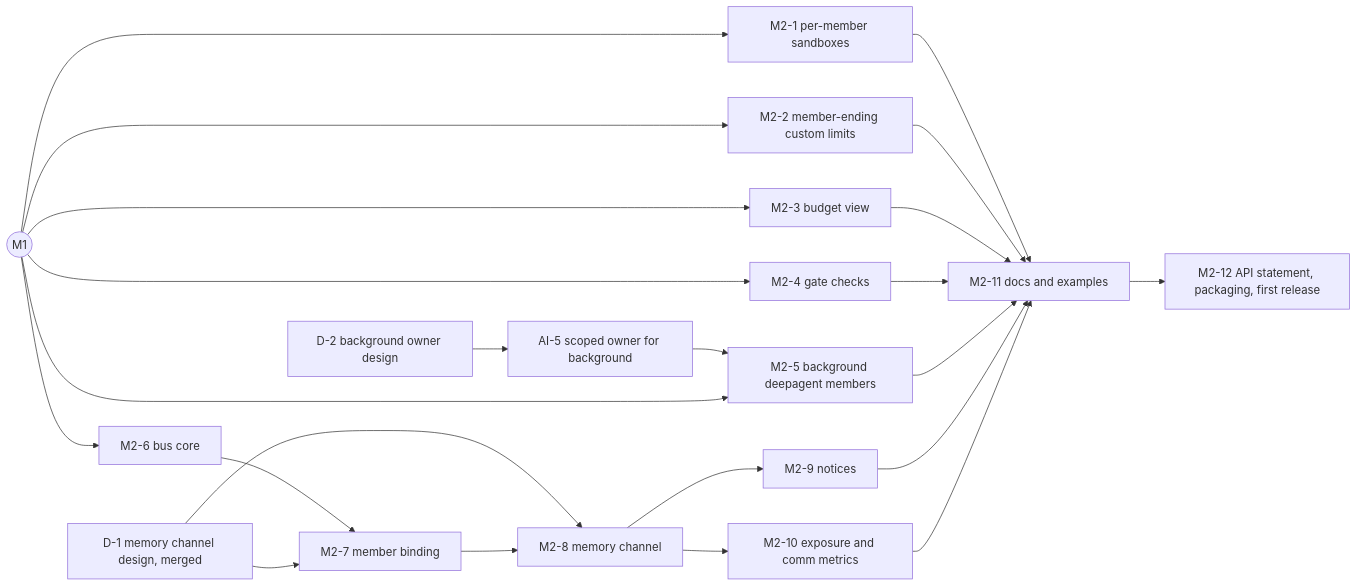
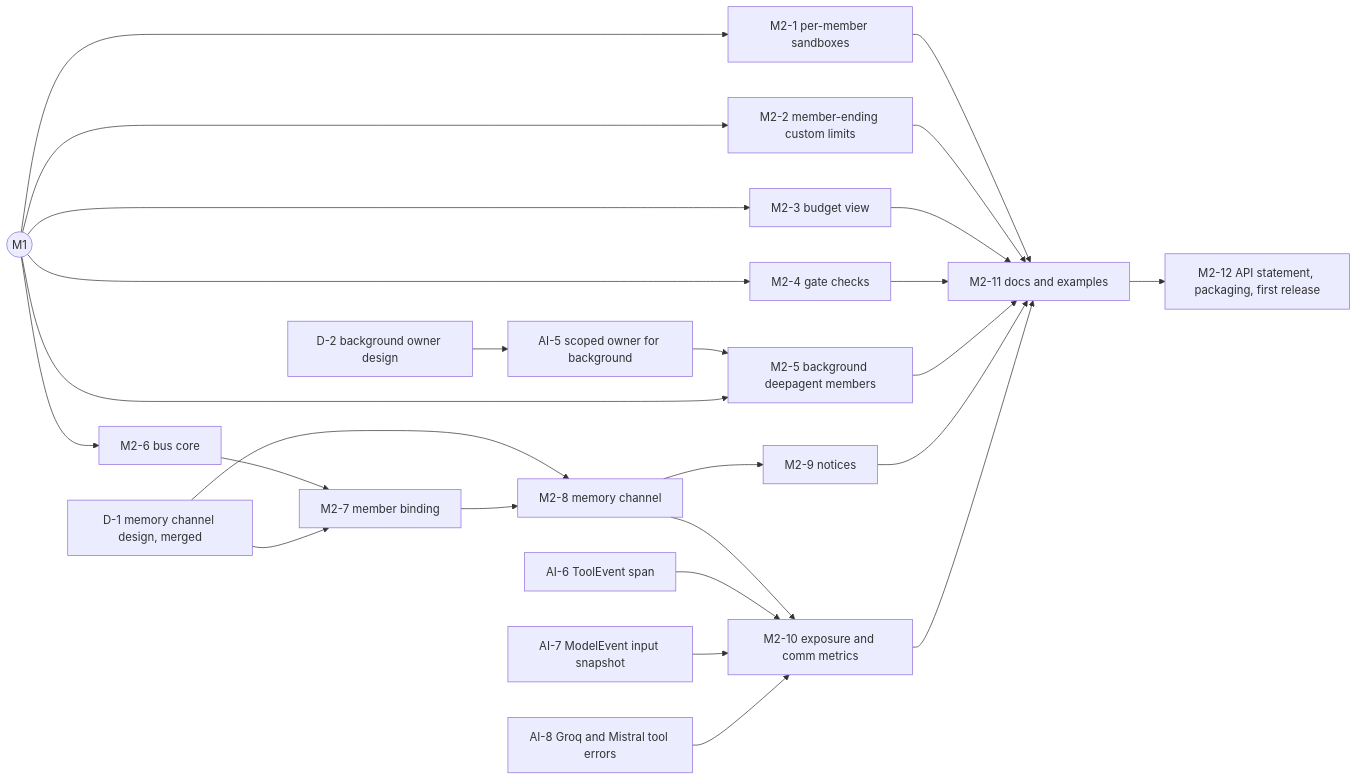
The second of 2 diagrams in design/swarm-implementation-plan.md (meridianlabs-ai/inspect_swarm), drawn with Mermaid before and after one commit. The commit also changed other lines of this file and 3 other files, not shown here.

````diff
--- a/design/swarm-implementation-plan.md
+++ b/design/swarm-implementation-plan.md
@@ -268,19 +268,22 @@
 ```mermaid
 flowchart LR
   M1((M1)) --> M2_1[M2-1 per-member sandboxes]
   M1 --> M2_2[M2-2 member-ending custom limits]
   M1 --> M2_3[M2-3 budget view]
   M1 --> M2_4[M2-4 gate checks]
   D2[D-2 background owner design] --> AI5[AI-5 scoped owner for background]
   AI5 --> M2_5[M2-5 background deepagent members]
   M1 --> M2_5
   M1 --> M2_6[M2-6 bus core]
   M2_6 --> M2_7[M2-7 member binding]
   D1[D-1 memory channel design, merged] --> M2_7
   D1 --> M2_8
   M2_7 --> M2_8[M2-8 memory channel]
   M2_8 --> M2_9[M2-9 notices]
   M2_8 --> M2_10[M2-10 exposure and comm metrics]
+  AI6[AI-6 ToolEvent span] --> M2_10
+  AI7[AI-7 ModelEvent input snapshot] --> M2_10
+  AI8[AI-8 Groq and Mistral tool errors] --> M2_10
   M2_1 & M2_2 & M2_3 & M2_4 & M2_5 & M2_9 & M2_10 --> M2_11[M2-11 docs and examples]
   M2_11 --> M2_12[M2-12 API statement, packaging, first release]
 ```
````
